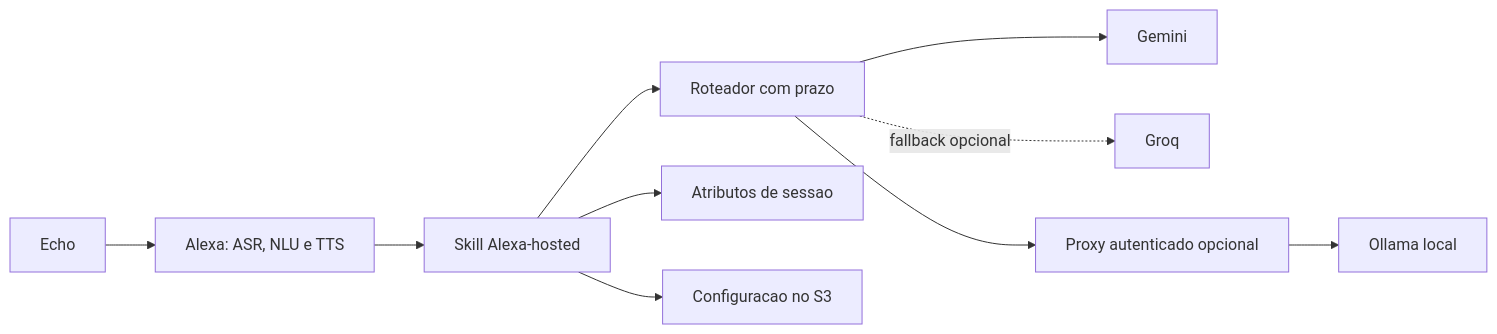
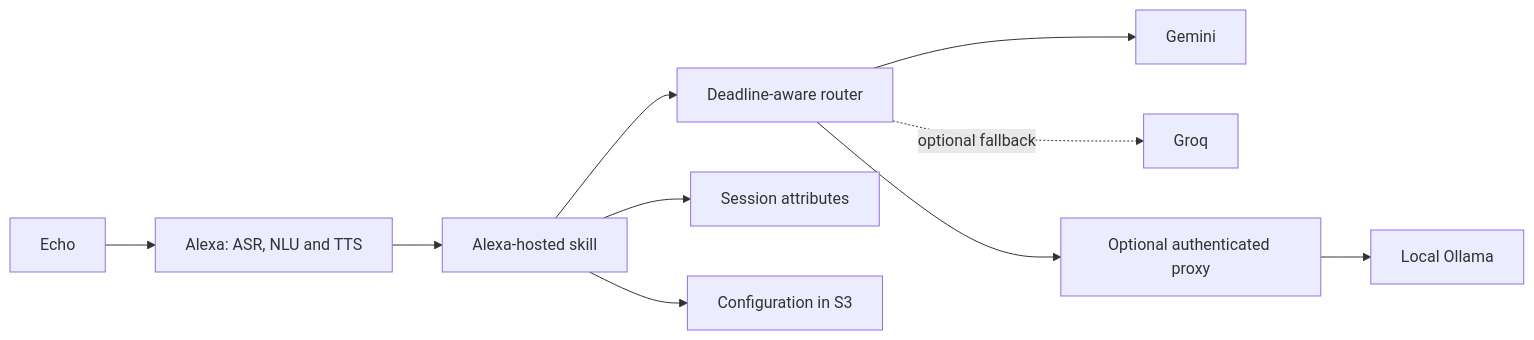
Before and after one commit to Dias0202/Alexa_not_Dumb: the diagram in README.md, drawn with Mermaid. The commit also changed other lines of this file and 1 other file, not shown here.

````diff
--- a/README.md
+++ b/README.md
@@ -11,12 +17,12 @@
 ```mermaid
 flowchart LR
-    Echo["Echo"] --> Alexa["Alexa: ASR, NLU e TTS"]
-    Alexa --> Skill["Skill Alexa-hosted"]
-    Skill --> Router["Roteador com prazo"]
+    Echo["Echo"] --> Alexa["Alexa: ASR, NLU and TTS"]
+    Alexa --> Skill["Alexa-hosted skill"]
+    Skill --> Router["Deadline-aware router"]
     Router --> Gemini["Gemini"]
-    Router -. fallback opcional .-> Groq["Groq"]
-    Router --> Proxy["Proxy autenticado opcional"]
-    Proxy --> Ollama["Ollama local"]
-    Skill --> Session["Atributos de sessao"]
-    Skill --> S3["Configuracao no S3"]
+    Router -. optional fallback .-> Groq["Groq"]
+    Router --> Proxy["Optional authenticated proxy"]
+    Proxy --> Ollama["Local Ollama"]
+    Skill --> Session["Session attributes"]
+    Skill --> S3["Configuration in S3"]
 ```
````
